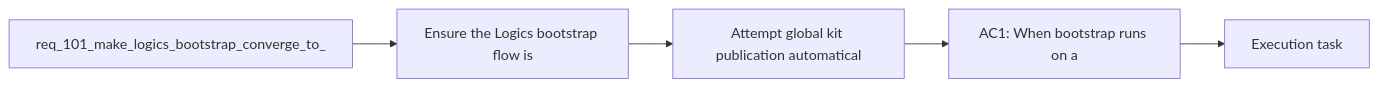
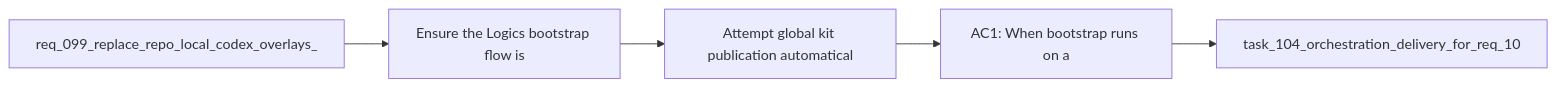
One commit to AlexAgo83/logics-manager changed the diagram in logics/backlog/item_173_attempt_global_kit_publication_automatically_when_bootstrap_finishes_with_a_healthy_repo_local_source.md. Above: the diagram before and after it, drawn with Mermaid. The commit also changed 481 other files, not shown here.

````diff
--- a/logics/backlog/item_173_attempt_global_kit_publication_automatically_when_bootstrap_finishes_with_a_healthy_repo_local_source.md
+++ b/logics/backlog/item_173_attempt_global_kit_publication_automatically_when_bootstrap_finishes_with_a_healthy_repo_local_source.md
@@ -24,9 +24,9 @@
 ```mermaid
 %% logics-kind: backlog
 %% logics-signature: backlog|attempt-global-kit-publication-automatic|req-099-replace-repo-local-codex-overlay|ensure-the-logics-bootstrap-flow-is|ac1-when-bootstrap-runs-on-a
 flowchart LR
-    Request[req_101_make_logics_bootstrap_converge_to_] --> Problem[Ensure the Logics bootstrap flow is]
+    Request[req_099_replace_repo_local_codex_overlays_] --> Problem[Ensure the Logics bootstrap flow is]
     Problem --> Scope[Attempt global kit publication automatical]
     Scope --> Acceptance[AC1: When bootstrap runs on a]
-    Acceptance --> Tasks[Execution task]
+    Acceptance --> Tasks[task_104_orchestration_delivery_for_req_10]
 ```
````
